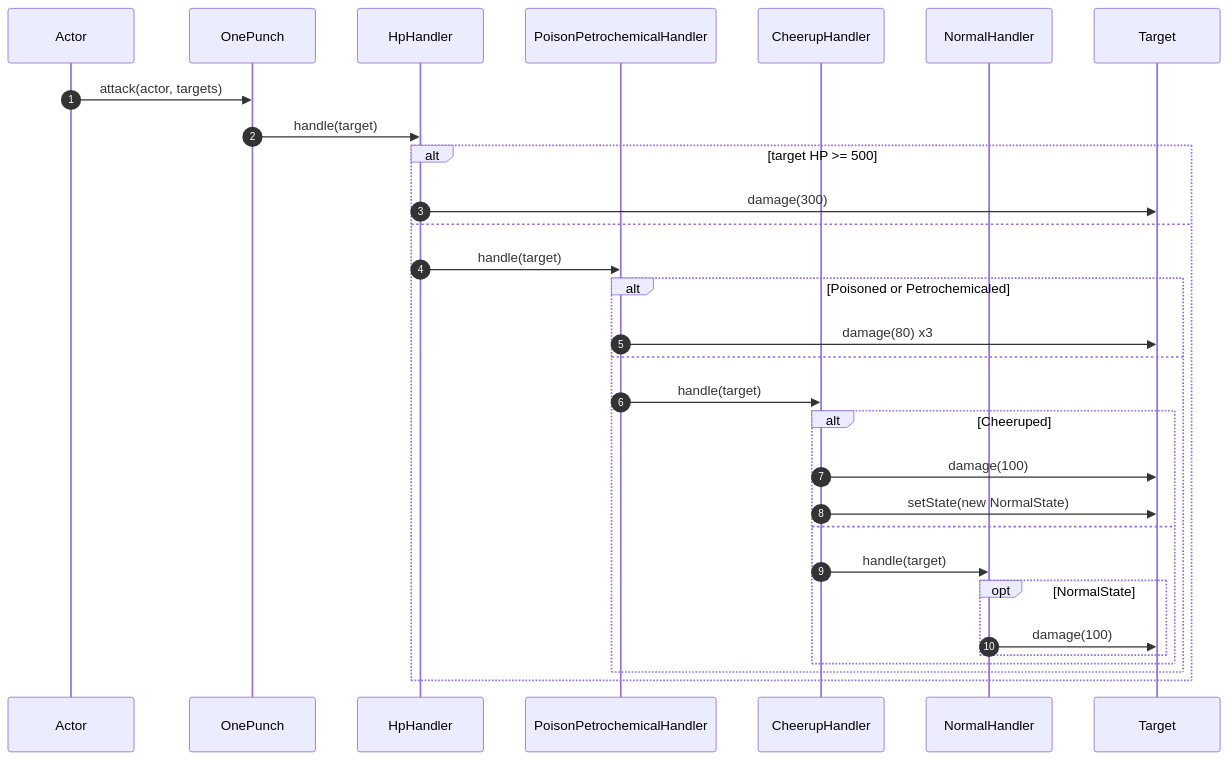
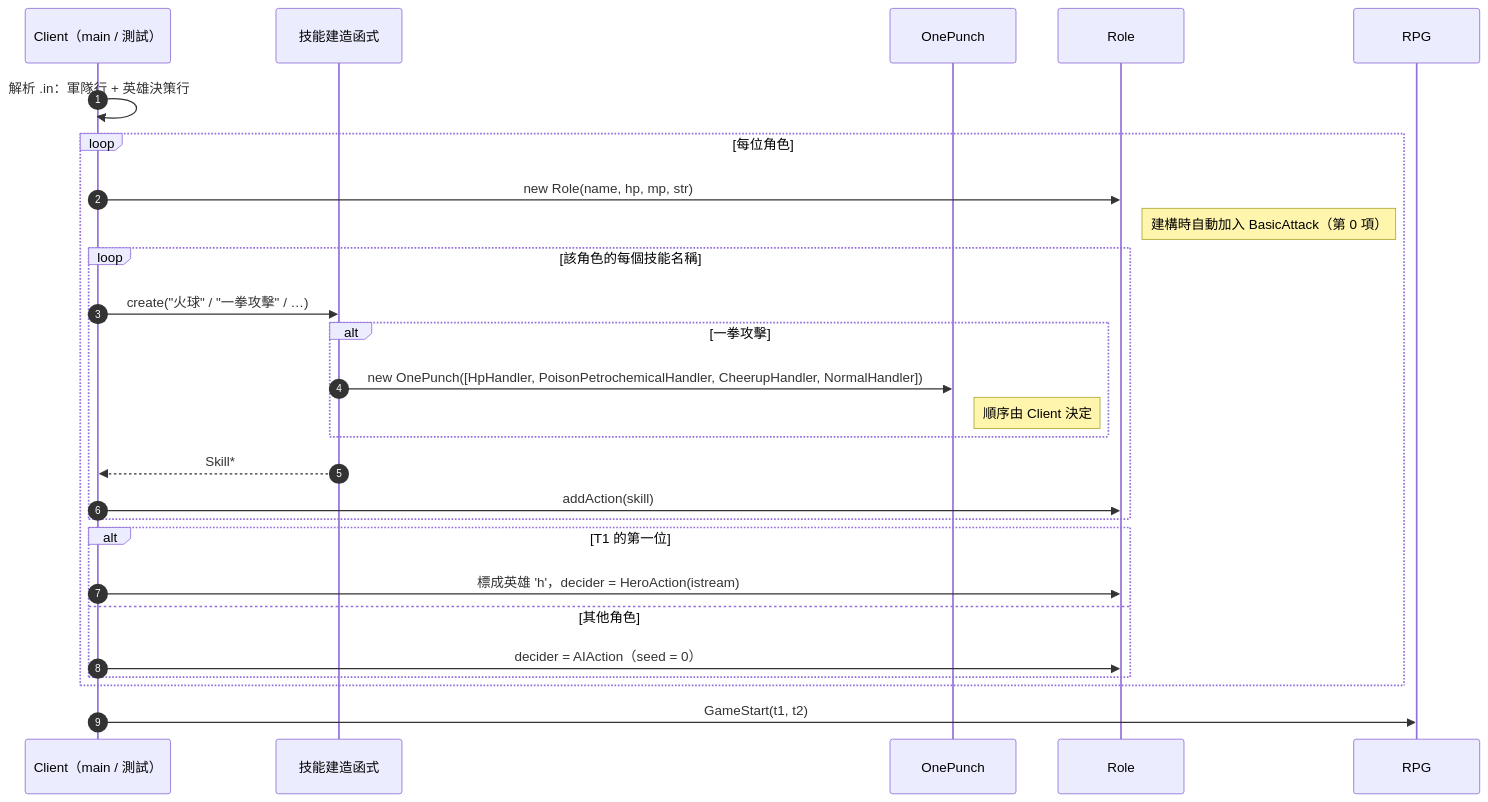
One commit to Chang-anthony/DesignPattern changed the second of 7 diagrams in RPGGame/diagrams.md. Above: the diagram before and after it, drawn with Mermaid. The commit also changed other lines of this file and 2 other files, not shown here.

First line of the commit message:
docs(rpggame): finish design review A8-A11 and redraw diagrams

````diff
--- a/RPGGame/diagrams.md
+++ b/RPGGame/diagrams.md
@@ -166,33 +240,30 @@
 ```mermaid
 sequenceDiagram
     autonumber
-    participant A as Actor
+    participant C as Client（main / 測試）
+    participant F as 技能建造函式
     participant OP as OnePunch
-    participant H1 as HpHandler
-    participant H2 as PoisonPetrochemicalHandler
-    participant H3 as CheerupHandler
-    participant H4 as NormalHandler
-    participant T as Target
+    participant R as Role
+    participant G as RPG
 
-    A->>OP: attack(actor, targets)
-    OP->>H1: handle(target)
-    alt target HP >= 500
-        H1->>T: damage(300)
-    else
-        H1->>H2: handle(target)
-        alt Poisoned or Petrochemicaled
-            H2->>T: damage(80) x3
-        else
-            H2->>H3: handle(target)
-            alt Cheeruped
-                H3->>T: damage(100)
-                H3->>T: setState(new NormalState)
-            else
-                H3->>H4: handle(target)
-                opt NormalState
-                    H4->>T: damage(100)
-                end
+    C->>C: 解析 .in：軍隊行 + 英雄決策行
+    loop 每位角色
+        C->>R: new Role(name, hp, mp, str)
+        Note right of R: 建構時自動加入 BasicAttack（第 0 項）
+        loop 該角色的每個技能名稱
+            C->>F: create("火球" / "一拳攻擊" / …)
+            alt 一拳攻擊
+                F->>OP: new OnePunch([HpHandler, PoisonPetrochemicalHandler, CheerupHandler, NormalHandler])
+                Note right of OP: 順序由 Client 決定
             end
+            F-->>C: Skill*
+            C->>R: addAction(skill)
+        end
+        alt T1 的第一位
+            C->>R: 標成英雄 'h'，decider = HeroAction(istream)
+        else 其他角色
+            C->>R: decider = AIAction（seed = 0）
         end
     end
+    C->>G: GameStart(t1, t2)
 ```
````
